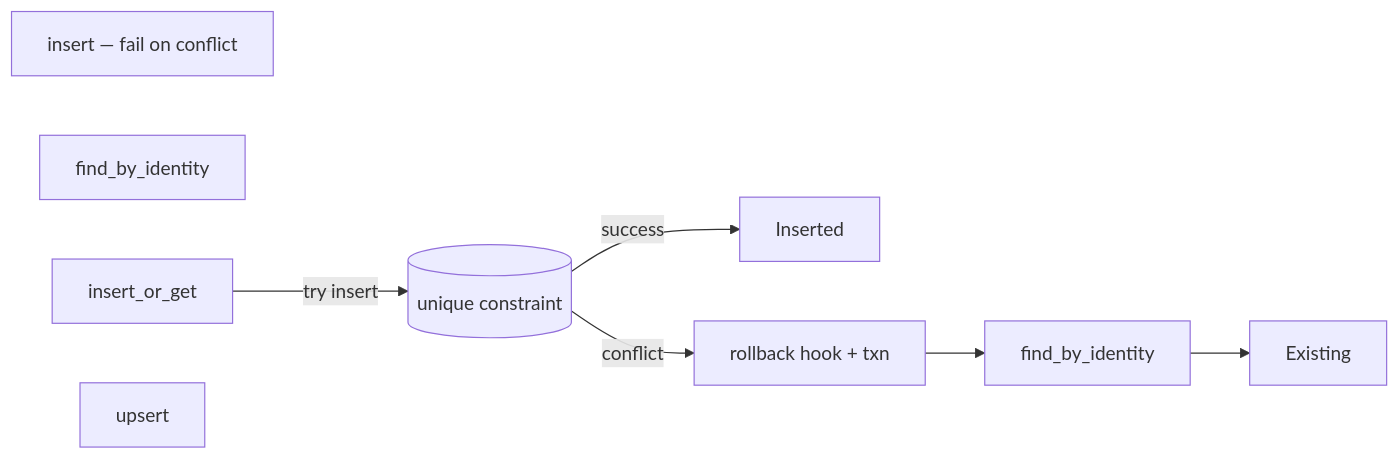
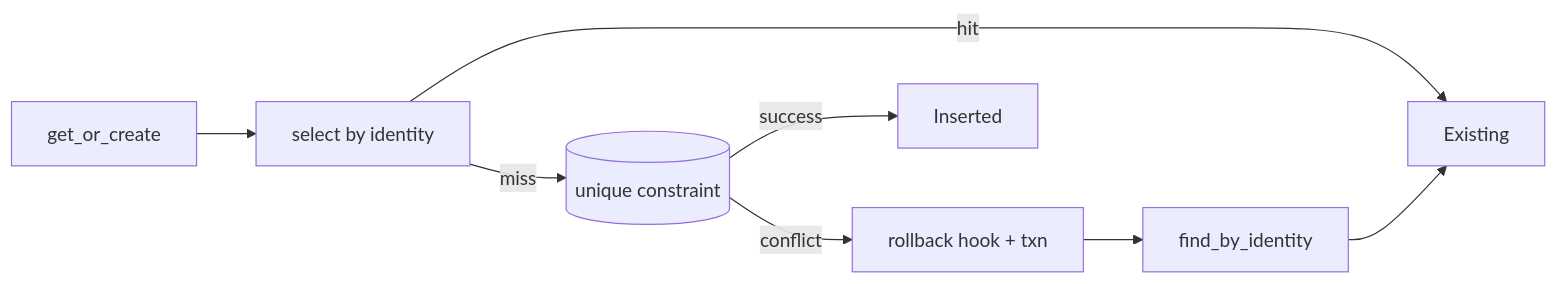
One commit to Just-Replicant/cgp-orm changed the second of 3 diagrams in ARCHITECTURE.md. Above: the diagram before and after it, drawn with Mermaid. The commit also changed other lines of this file and 3 other files, not shown here.

Commit message:
docs: document get_by_id and get_or_create API

````diff
--- a/ARCHITECTURE.md
+++ b/ARCHITECTURE.md
@@ -99,13 +99,14 @@
 ```mermaid
 flowchart LR
-    insert["insert — fail on conflict"]
-    find["find_by_identity"]
-    iog["insert_or_get"]
-    upsert["upsert"]
+    goc["get_or_create"]
+    find["select by identity"]
+    db[(unique constraint)]
 
-    iog -->|"try insert"| db[(unique constraint)]
+    goc --> find
+    find -->|hit| existing["Existing"]
+    find -->|miss| db
     db -->|success| created["Inserted"]
     db -->|conflict| rb["rollback hook + txn"]
     rb --> fetch["find_by_identity"]
-    fetch --> existing["Existing"]
+    fetch --> existing
 ```
````
